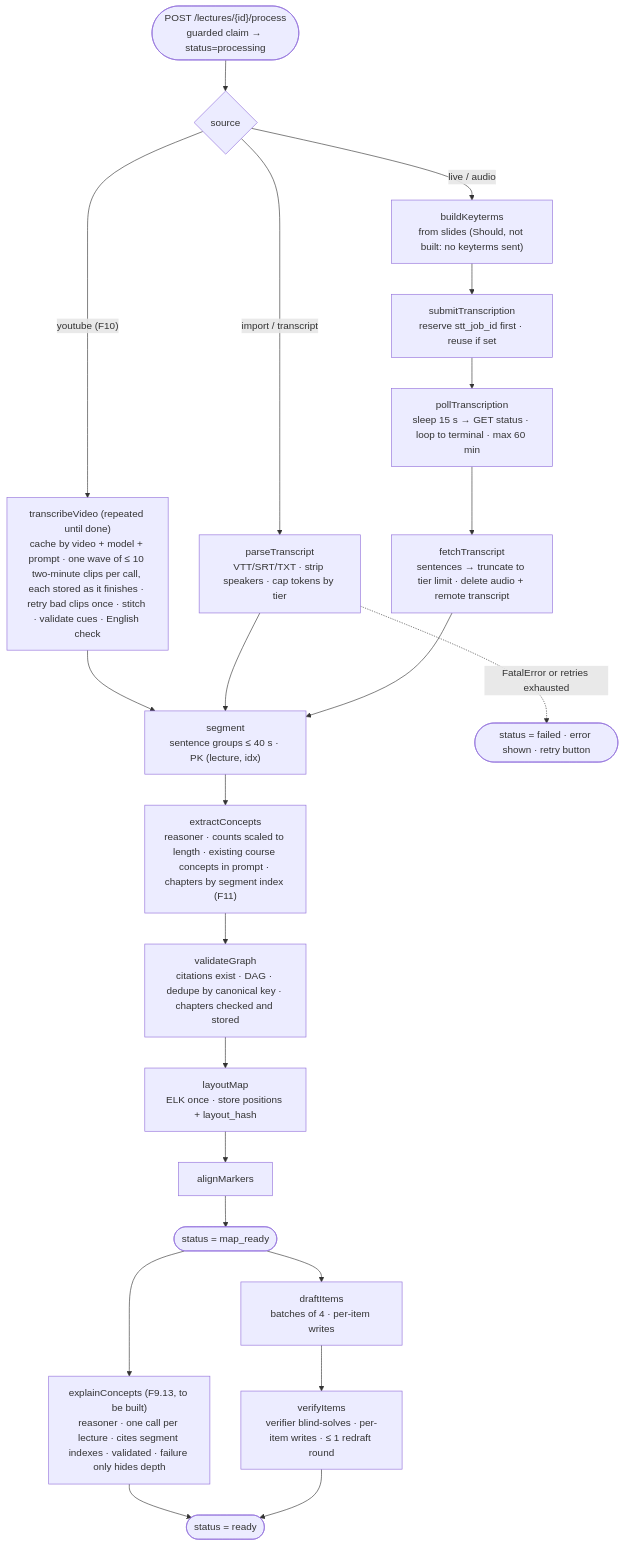
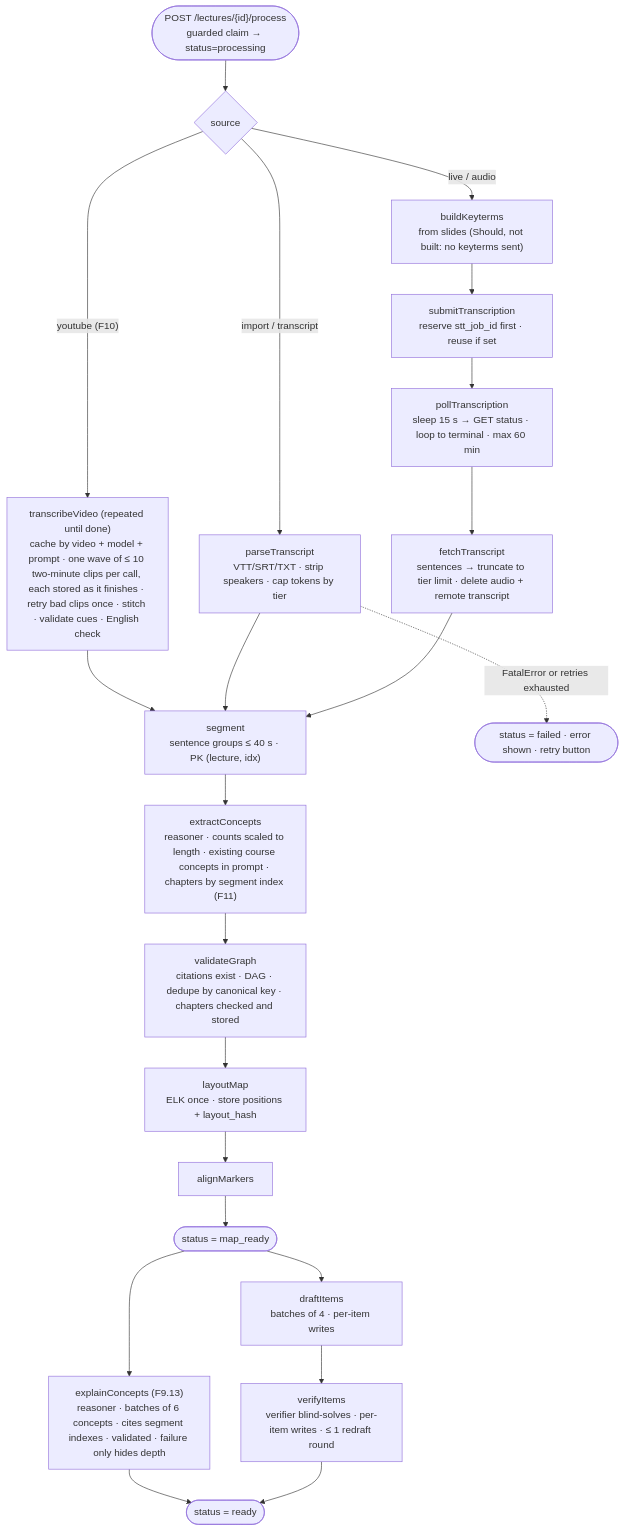
Before and after one commit to adamchok/Lectheo: the fourth of 6 diagrams in docs/Lectheo Architecture.md, drawn with Mermaid. The commit also changed 59 other files, not shown here.

First line of the commit message:
feat(study): by chapter, outline and Explain in depth (F9.9–F9.15) (#32)

````diff
--- a/docs/Lectheo Architecture.md
+++ b/docs/Lectheo Architecture.md
@@ -201,24 +201,24 @@
 ```mermaid
 flowchart TD
     start(["POST /lectures/{id}/process<br/>guarded claim → status=processing"]) --> src{"source"}
     src -- "youtube (F10)" --> tv["transcribeVideo (repeated until done)<br/>cache by video + model + prompt · one wave of ≤ 10 two-minute clips per call, each stored as it finishes · retry bad clips once · stitch · validate cues · English check"]
     tv --> seg
     src -- "import / transcript" --> pt["parseTranscript<br/>VTT/SRT/TXT · strip speakers · cap tokens by tier"]
     src -- "live / audio" --> kt["buildKeyterms<br/>from slides (Should, not built: no keyterms sent)"]
     kt --> sub["submitTranscription<br/>reserve stt_job_id first · reuse if set"]
     sub --> poll["pollTranscription<br/>sleep 15 s → GET status · loop to terminal · max 60 min"]
     poll --> fetch["fetchTranscript<br/>sentences → truncate to tier limit · delete audio + remote transcript"]
     pt --> seg["segment<br/>sentence groups ≤ 40 s · PK (lecture, idx)"]
     fetch --> seg
     seg --> ex["extractConcepts<br/>reasoner · counts scaled to length · existing course concepts in prompt · chapters by segment index (F11)"]
     ex --> vg["validateGraph<br/>citations exist · DAG · dedupe by canonical key · chapters checked and stored"]
     vg --> lay["layoutMap<br/>ELK once · store positions + layout_hash"]
     lay --> al["alignMarkers"]
     al --> mr(["status = map_ready"])
     mr --> dr["draftItems<br/>batches of 4 · per-item writes"]
     dr --> vf["verifyItems<br/>verifier blind-solves · per-item writes · ≤ 1 redraft round"]
-    mr --> xc["explainConcepts (F9.13, to be built)<br/>reasoner · one call per lecture · cites segment indexes · validated · failure only hides depth"]
+    mr --> xc["explainConcepts (F9.13)<br/>reasoner · batches of 6 concepts · cites segment indexes · validated · failure only hides depth"]
     xc --> done
     vf --> done(["status = ready"])
     pt -. "FatalError or retries exhausted" .-> fail(["status = failed · error shown · retry button"])
 ```
````
